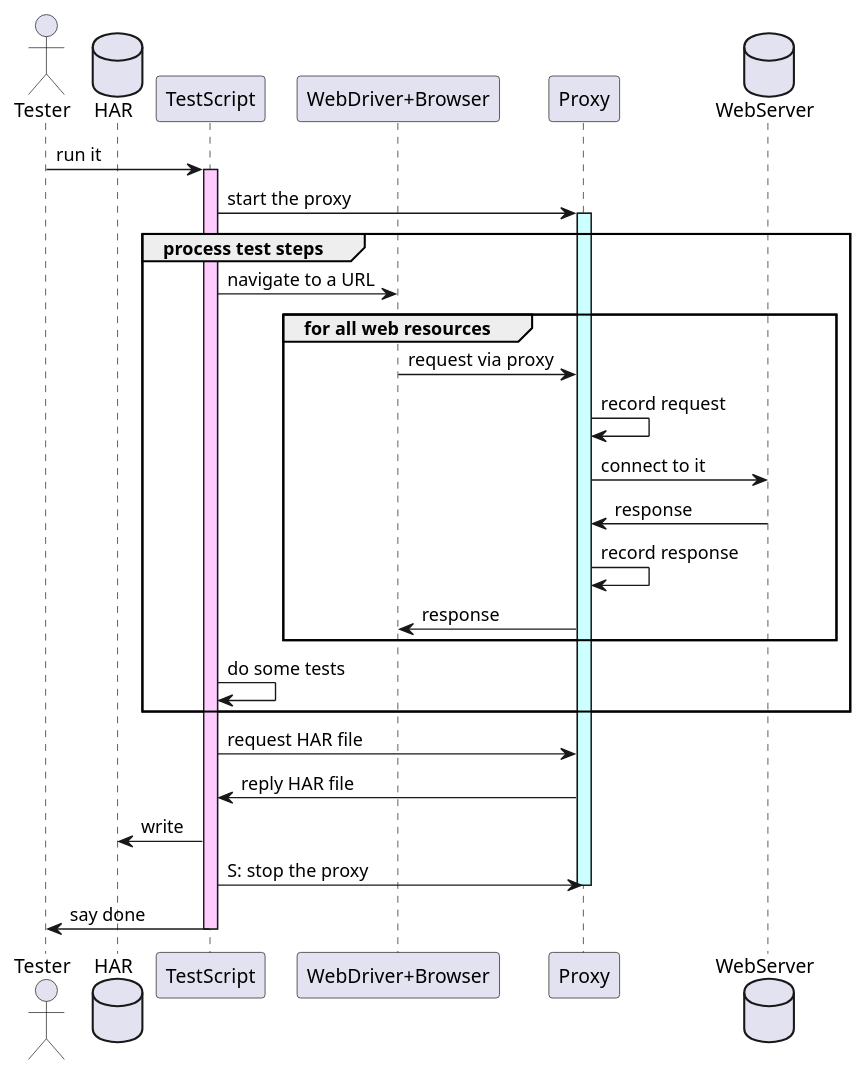
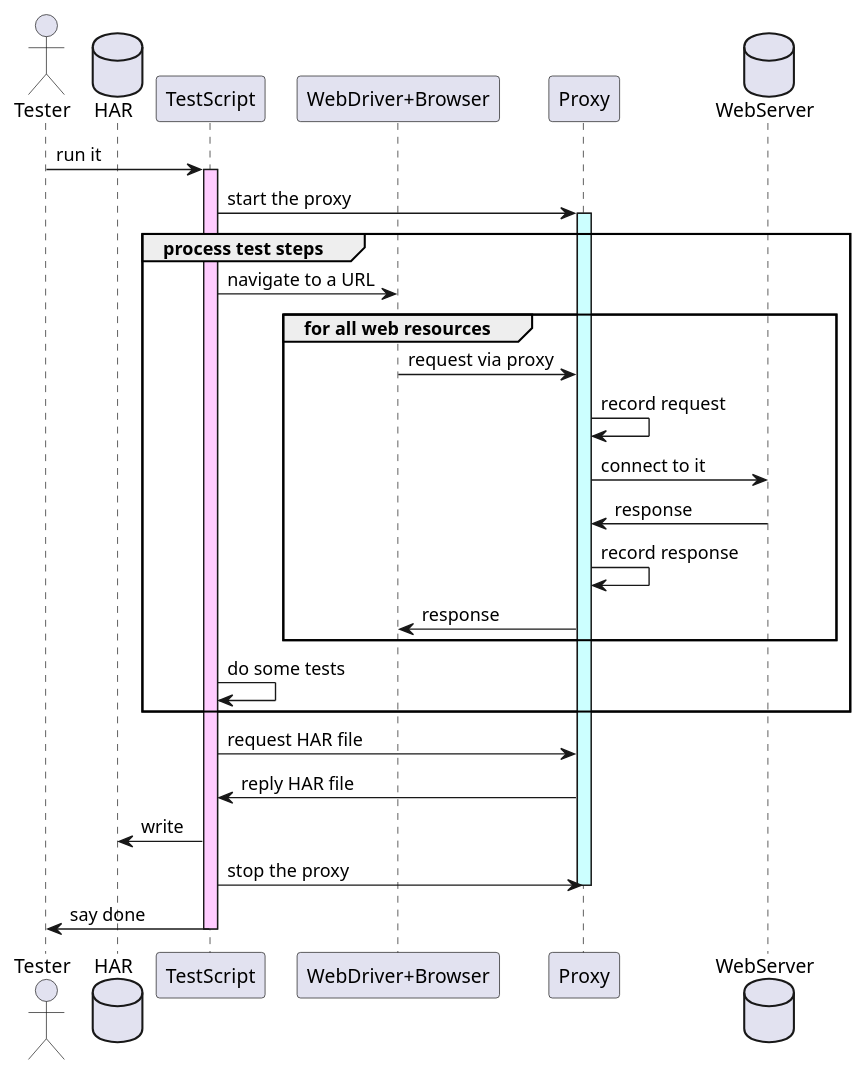
Before and after one commit to kazurayam/BrowserMobProxyInKatalonStudio: the diagram in docs/diagrams/src/sequence.pu, drawn with PlantUML.

Commit message:
activate/deactivate in the sequence diagram

```diff
--- a/docs/diagrams/src/sequence.pu
+++ b/docs/diagrams/src/sequence.pu
@@ -1,32 +1,32 @@
 @startuml sequence
 actor       Tester     as tester
 database    HAR        as file
 participant TestScript as script
 participant "WebDriver+Browser" as browser
 participant Proxy      as proxy
 database    WebServer  as server
 
 tester   -> script     : run it
 activate script #FFccFF
 script   -> proxy      : start the proxy
 activate proxy #ccFFFF
 group process test steps
 script   -> browser    : navigate to a URL
 group for all web resources
 browser  -> proxy      : request via proxy
 proxy    -> proxy      : record request
 proxy    -> server     : connect to it
 server   -> proxy      : response
 proxy    -> proxy      : record response
 proxy    -> browser    : response
 end
 script   -> script     : do some tests
 end
 script   -> proxy      : request HAR file
 proxy    -> script     : reply HAR file
 script   -> file       : write
-script   -> proxy      : S: stop the proxy
+script   -> proxy      : stop the proxy
 deactivate proxy
 script   -> tester     : say done
 deactivate script
 @enduml
```
